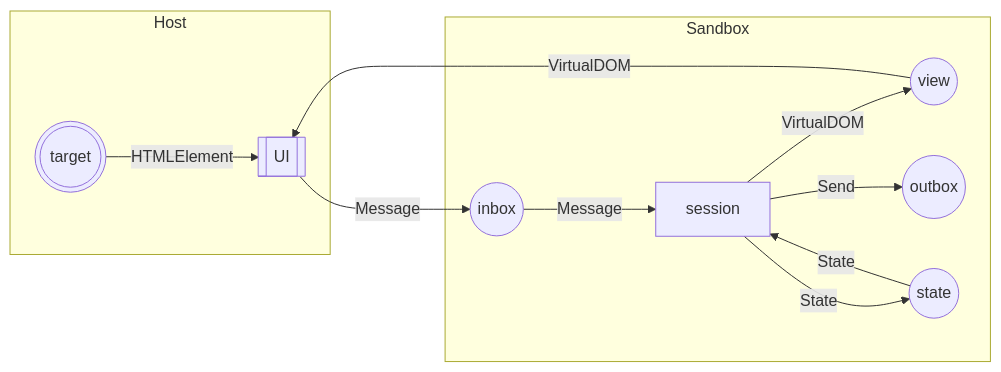
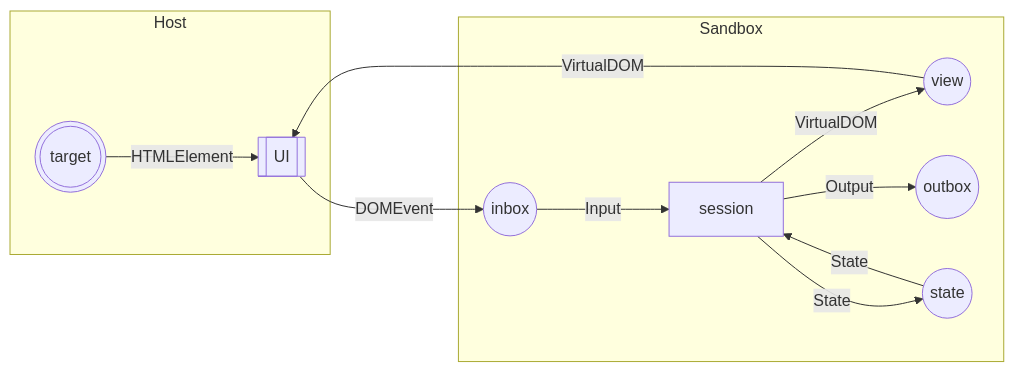
One commit to Gozala/workspace changed the diagram in journals/2024_06_14.md. Above: the diagram before and after it, drawn with Mermaid.

Commit message:
Auto saved by Logseq

````diff
--- a/journals/2024_06_14.md
+++ b/journals/2024_06_14.md
@@ -7,23 +7,23 @@
   ```mermaid
   flowchart LR
   target(((target)))
   view((view))
   inbox((inbox))
   outbox((outbox))
   state((state))
   UI[[UI]]
   app[session]
   
   subgraph Host
   target -- HTMLElement --> UI
   end
   subgraph Sandbox
   view -- VirtualDOM --> UI
-  UI -- Message --> inbox 
-  inbox -- Message --> app
+  UI -- DOMEvent --> inbox 
+  inbox -- Input --> app
   app -- VirtualDOM --> view
   app -- State --> state
   state -- State --> app
-  app -- Send --> outbox
+  app -- Output --> outbox
   end
   ```
````
